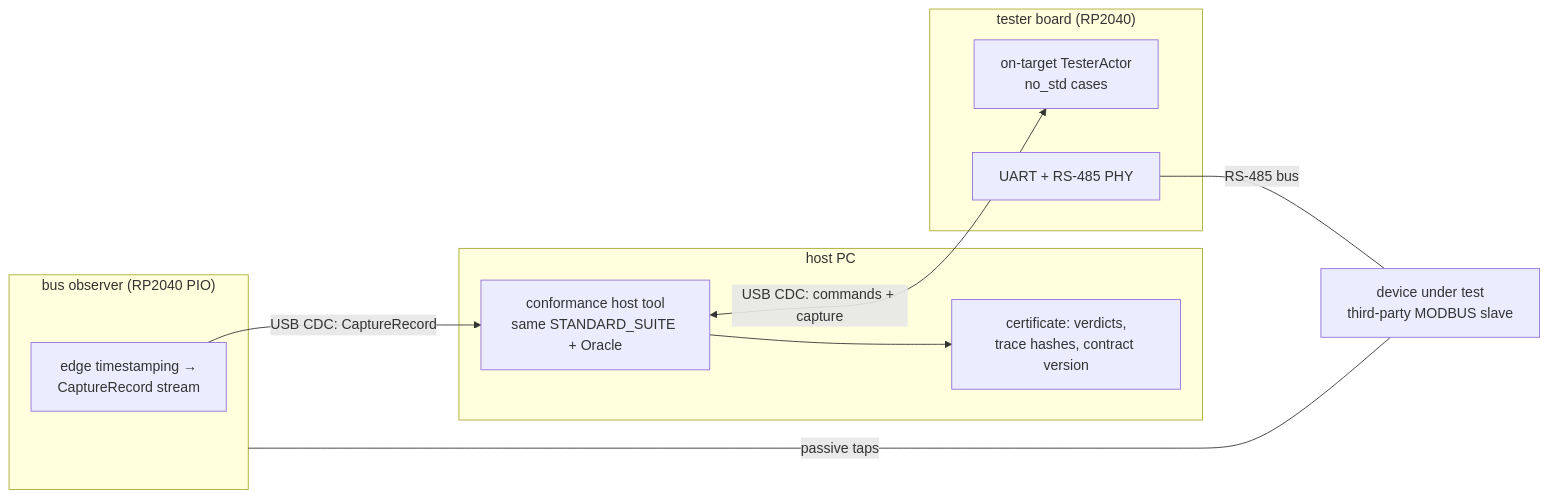
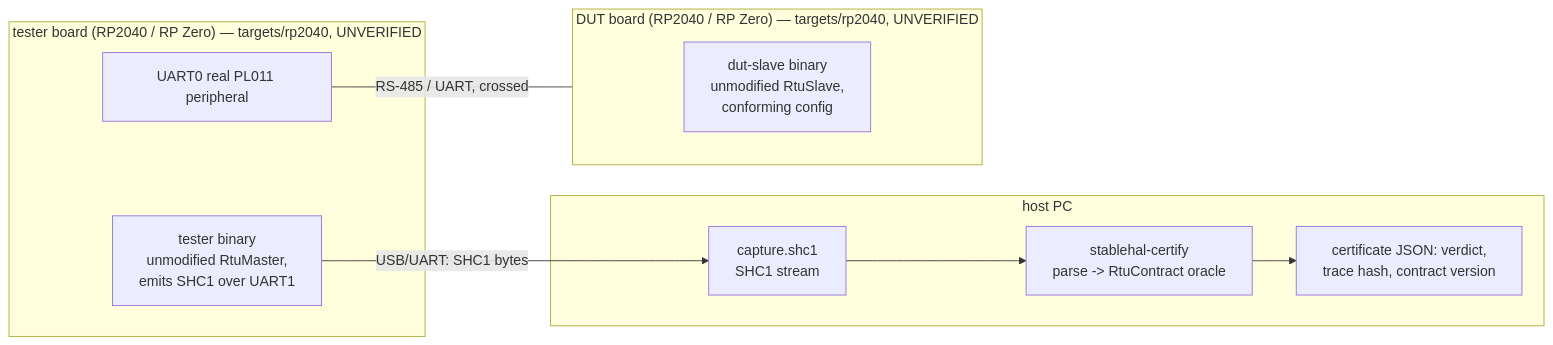
Before and after one commit to akharon/stable-hal: the tenth of 10 diagrams in docs/architecture.md, drawn with Mermaid. The commit also changed other lines of this file and 19 other files, not shown here.

````diff
--- a/docs/architecture.md
+++ b/docs/architecture.md
@@ -419,20 +553,18 @@
 ```mermaid
 flowchart LR
     subgraph HostPC["host PC"]
-        RUN[conformance host tool<br>same STANDARD_SUITE + Oracle]
-        REP[certificate: verdicts,<br>trace hashes, contract version]
-        RUN --> REP
+        CAP[capture.shc1<br>SHC1 stream]
+        CERTIFY[stablehal-certify<br>parse -> RtuContract oracle]
+        REP[certificate JSON: verdict,<br>trace hash, contract version]
+        CAP --> CERTIFY --> REP
     end
-    subgraph TesterBoard["tester board (RP2040)"]
-        TA[on-target TesterActor<br>no_std cases]
-        UARTIF[UART + RS-485 PHY]
+    subgraph TesterBoard["tester board (RP2040 / RP Zero) — targets/rp2040, UNVERIFIED"]
+        TESTER["tester binary<br>unmodified RtuMaster,<br>emits SHC1 over UART1"]
+        UARTIF[UART0 real PL011 peripheral]
     end
-    subgraph Observer["bus observer (RP2040 PIO)"]
-        CAPT[edge timestamping →<br>CaptureRecord stream]
+    subgraph DUTBoard["DUT board (RP2040 / RP Zero) — targets/rp2040, UNVERIFIED"]
+        DUTBIN["dut-slave binary<br>unmodified RtuSlave,<br>conforming config"]
     end
-    DUT[device under test<br>third-party MODBUS slave]
-    RUN <-->|USB CDC: commands + capture| TA
-    CAPT -->|USB CDC: CaptureRecord| RUN
-    UARTIF ---|RS-485 bus| DUT
-    Observer ---|passive taps| DUT
+    TESTER -->|USB/UART: SHC1 bytes| CAP
+    UARTIF ---|RS-485 / UART, crossed| DUTBoard
 ```
````
